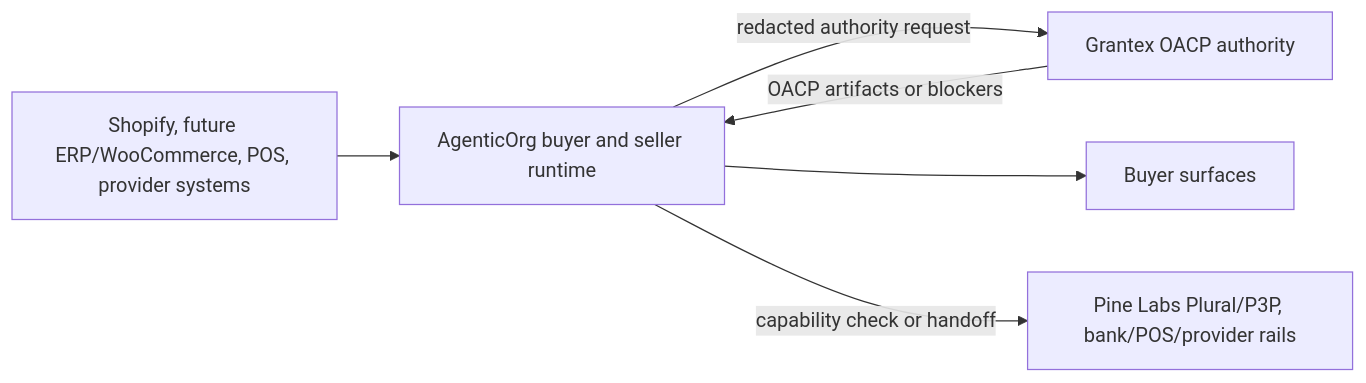
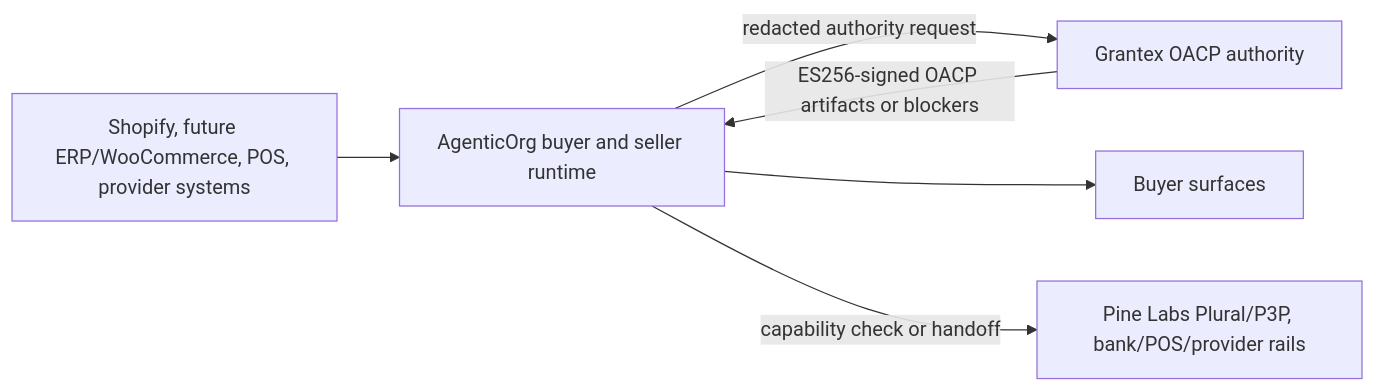
One commit to mishrasanjeev/grantex changed the diagram in README.md. Above: the diagram before and after it, drawn with Mermaid. The commit also changed other lines of this file and 33 other files, not shown here.

Commit message:
feat(oacp): ES256-signed, DB-keyed, persisted and revocable OACP artifacts (G1-G4)

````diff
--- a/README.md
+++ b/README.md
@@ -224,8 +224,8 @@
 ```mermaid
 flowchart LR
   merchant[Shopify, future ERP/WooCommerce, POS, provider systems] --> agentic[AgenticOrg buyer and seller runtime]
   agentic -->|redacted authority request| grantex[Grantex OACP authority]
-  grantex -->|OACP artifacts or blockers| agentic
+  grantex -->|ES256-signed OACP artifacts or blockers| agentic
   agentic --> buyer[Buyer surfaces]
   agentic -->|capability check or handoff| provider[Pine Labs Plural/P3P, bank/POS/provider rails]
 ```
````
